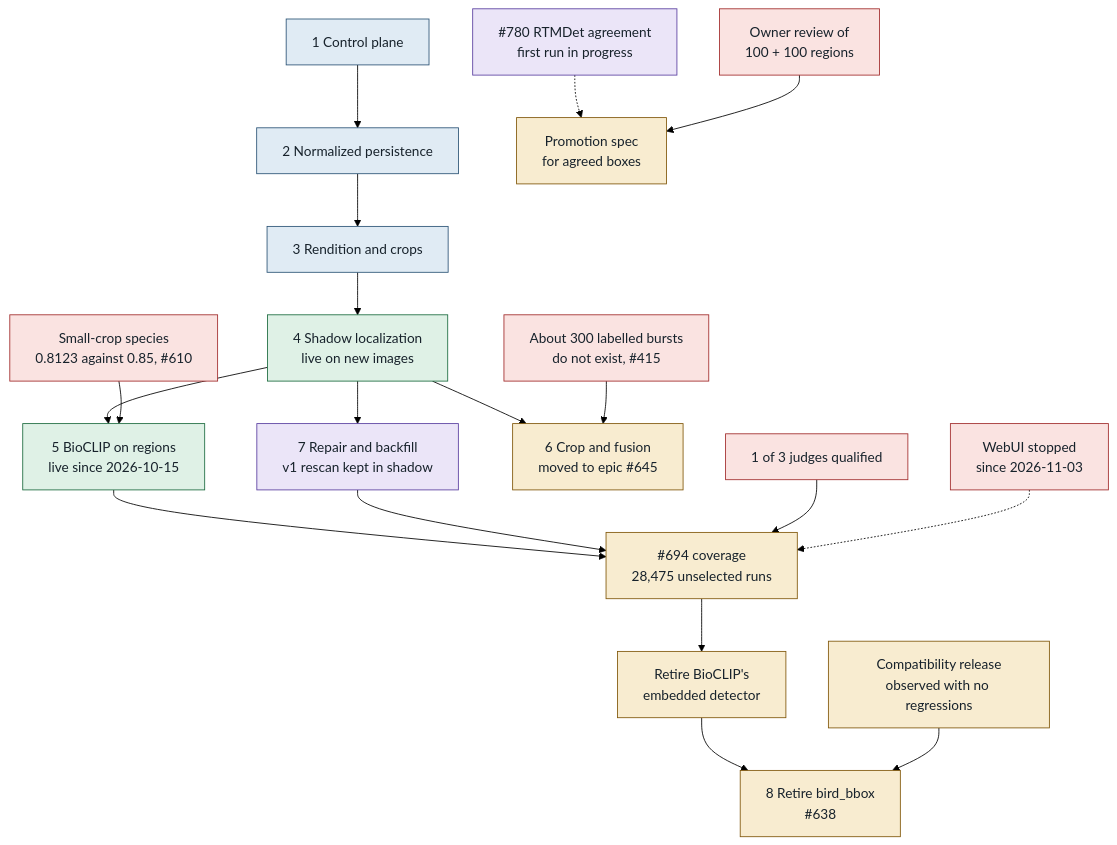
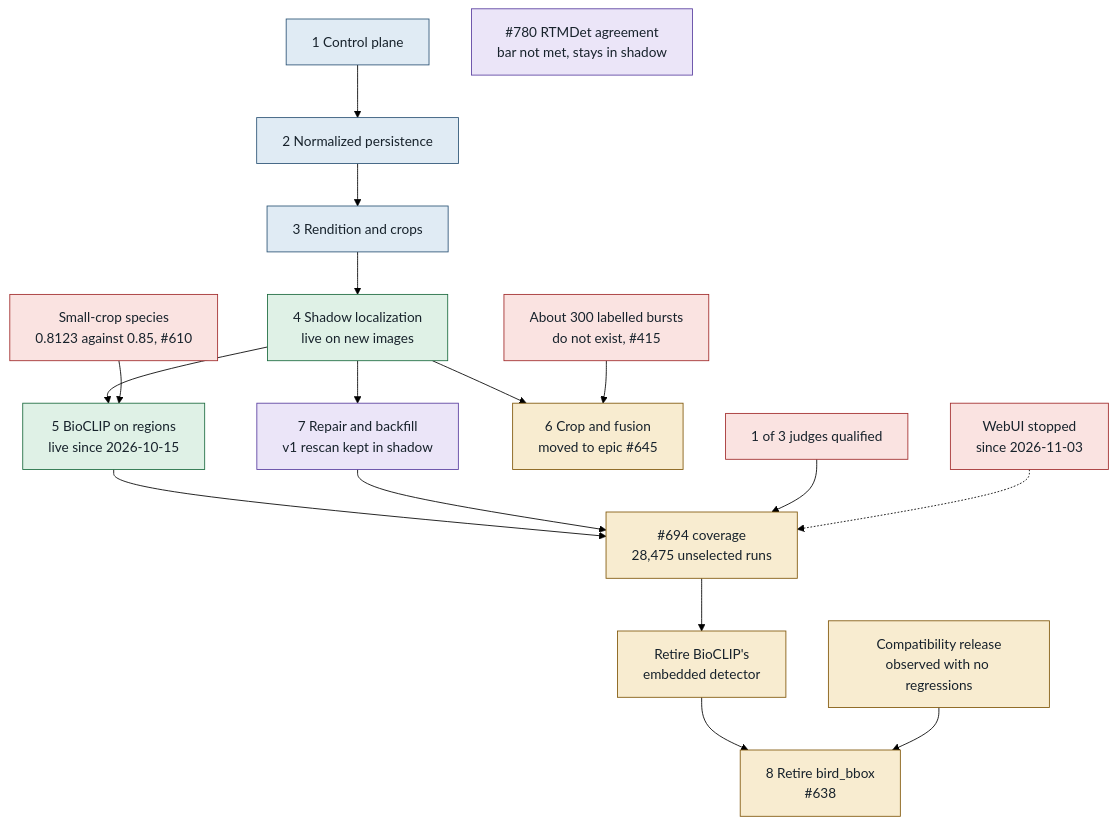
One commit to synthet/image-scoring-pipeline changed the fourth of 4 diagrams in docs/architecture/pipeline/localization-diagrams.md. Above: the diagram before and after it, drawn with Mermaid (forest theme). The commit also changed other lines of this file and 5 other files, not shown here.

````diff
--- a/docs/architecture/pipeline/localization-diagrams.md
+++ b/docs/architecture/pipeline/localization-diagrams.md
@@ -174,29 +174,28 @@
 ```mermaid
 flowchart TB
     s1["1 Control plane"] --> s2["2 Normalized persistence"] --> s3["3 Rendition and crops"] --> s4["4 Shadow localization<br/>live on new images"]
     s4 --> s5["5 BioCLIP on regions<br/>live since 2026-10-15"]
     s4 --> s7["7 Repair and backfill<br/>v1 rescan kept in shadow"]
     s4 --> s6["6 Crop and fusion<br/>moved to epic #645"]
     s5 --> cov["#694 coverage<br/>28,475 unselected runs"]
     s7 --> cov
     cov --> det["Retire BioCLIP's<br/>embedded detector"]
     det --> s8["8 Retire bird_bbox<br/>#638"]
     rel["Compatibility release<br/>observed with no regressions"] --> s8
-    s780["#780 RTMDet agreement<br/>first run in progress"] -.-> eyes["Promotion spec<br/>for agreed boxes"]
+    s780["#780 RTMDet agreement<br/>bar not met, stays in shadow"]
 
     b1["1 of 3 judges qualified"]:::block --> cov
     b2["Small-crop species<br/>0.8123 against 0.85, #610"]:::block --> s5
     b3["About 300 labelled bursts<br/>do not exist, #415"]:::block --> s6
-    b4["Owner review of<br/>100 + 100 regions"]:::block --> eyes
     b5["WebUI stopped<br/>since 2026-11-03"]:::block -.-> cov
 
     classDef done fill:#e0ebf4,stroke:#2c5476,color:#17222b
     classDef live fill:#dff1e6,stroke:#1c6b3f,color:#17222b
     classDef shadow fill:#ebe5f8,stroke:#5a3fa0,color:#17222b
     classDef wait fill:#f8ecd0,stroke:#80570a,color:#17222b
     classDef block fill:#fae3e1,stroke:#a12b2b,color:#17222b
     class s1,s2,s3 done
     class s4,s5 live
     class s7,s780 shadow
-    class s6,cov,det,s8,rel,eyes wait
+    class s6,cov,det,s8,rel wait
 ```
````
